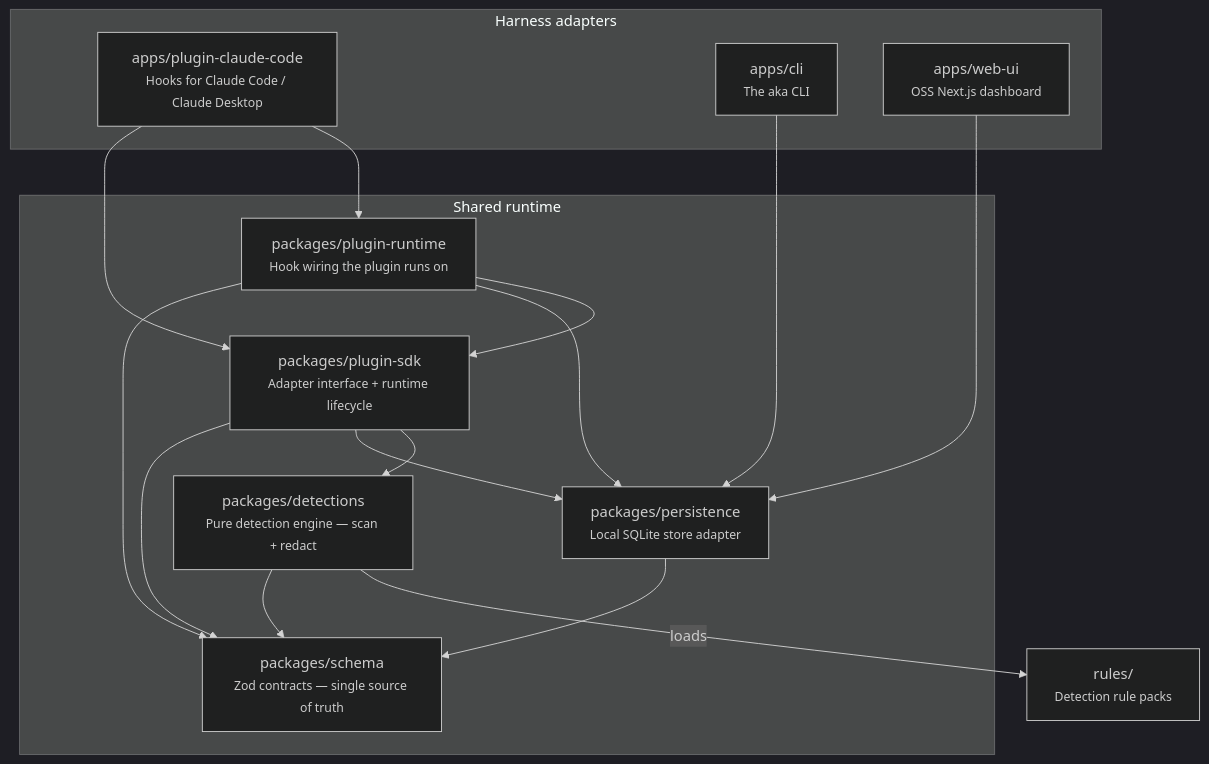
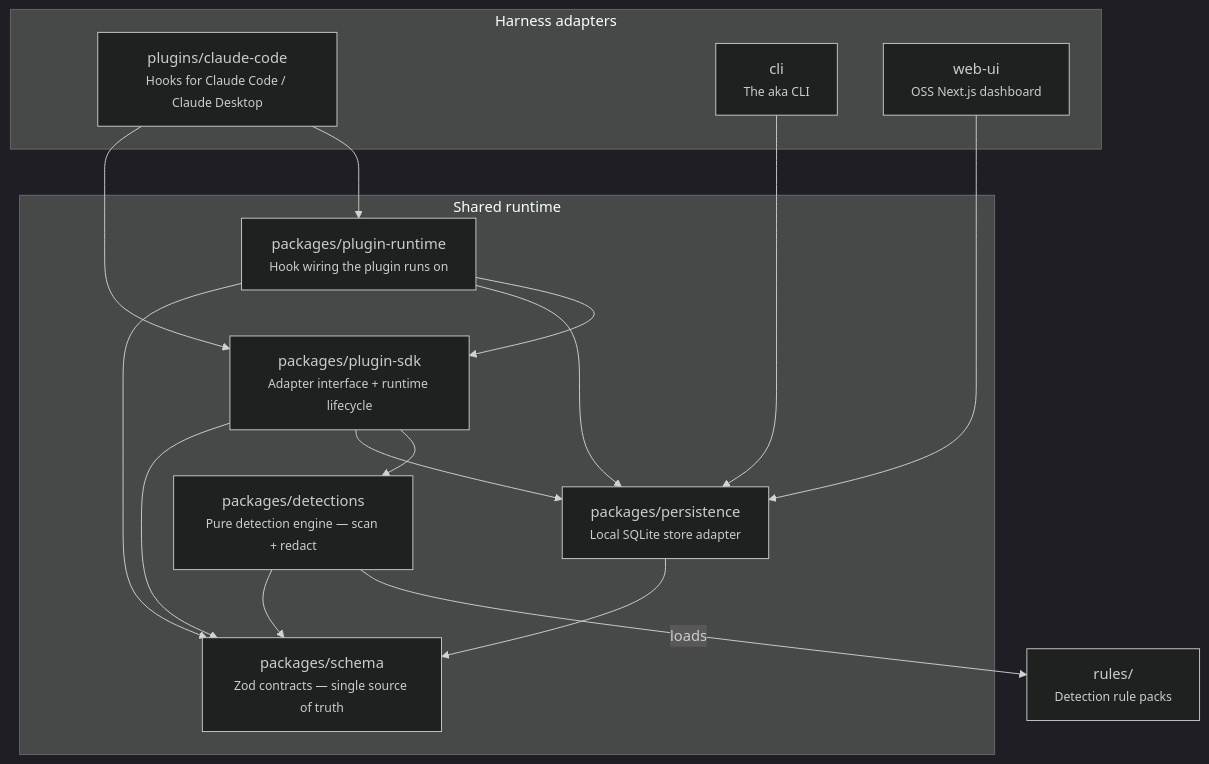
The diagram in docs/architecture/overview.md (akasecurity/ai-tc-docs), drawn with Mermaid (dark theme) before and after one commit. The commit also changed other lines of this file and 6 other files, not shown here.

````diff
--- a/docs/architecture/overview.md
+++ b/docs/architecture/overview.md
@@ -75,32 +75,32 @@
 ```mermaid
 flowchart TD
     subgraph adapters["Harness adapters"]
-        plugin["apps/plugin-claude-code<br/><small>Hooks for Claude Code / Claude Desktop</small>"]
-        cli["apps/cli<br/><small>The aka CLI</small>"]
-        webui["apps/web-ui<br/><small>OSS Next.js dashboard</small>"]
+        plugin["plugins/claude-code<br/><small>Hooks for Claude Code / Claude Desktop</small>"]
+        cli["cli<br/><small>The aka CLI</small>"]
+        webui["web-ui<br/><small>OSS Next.js dashboard</small>"]
     end
 
     subgraph runtime["Shared runtime"]
         pluginRuntime["packages/plugin-runtime<br/><small>Hook wiring the plugin runs on</small>"]
         sdk["packages/plugin-sdk<br/><small>Adapter interface + runtime lifecycle</small>"]
         detections["packages/detections<br/><small>Pure detection engine — scan + redact</small>"]
         persistence["packages/persistence<br/><small>Local SQLite store adapter</small>"]
         schema["packages/schema<br/><small>Zod contracts — single source of truth</small>"]
     end
 
     rules["rules/<br/><small>Detection rule packs</small>"]
 
     plugin --> pluginRuntime
     plugin --> sdk
     pluginRuntime --> sdk
     pluginRuntime --> persistence
     pluginRuntime --> schema
     sdk --> detections
     sdk --> persistence
     cli --> persistence
     webui --> persistence
     detections -->|loads| rules
     detections --> schema
     persistence --> schema
     sdk --> schema
 ```
````
